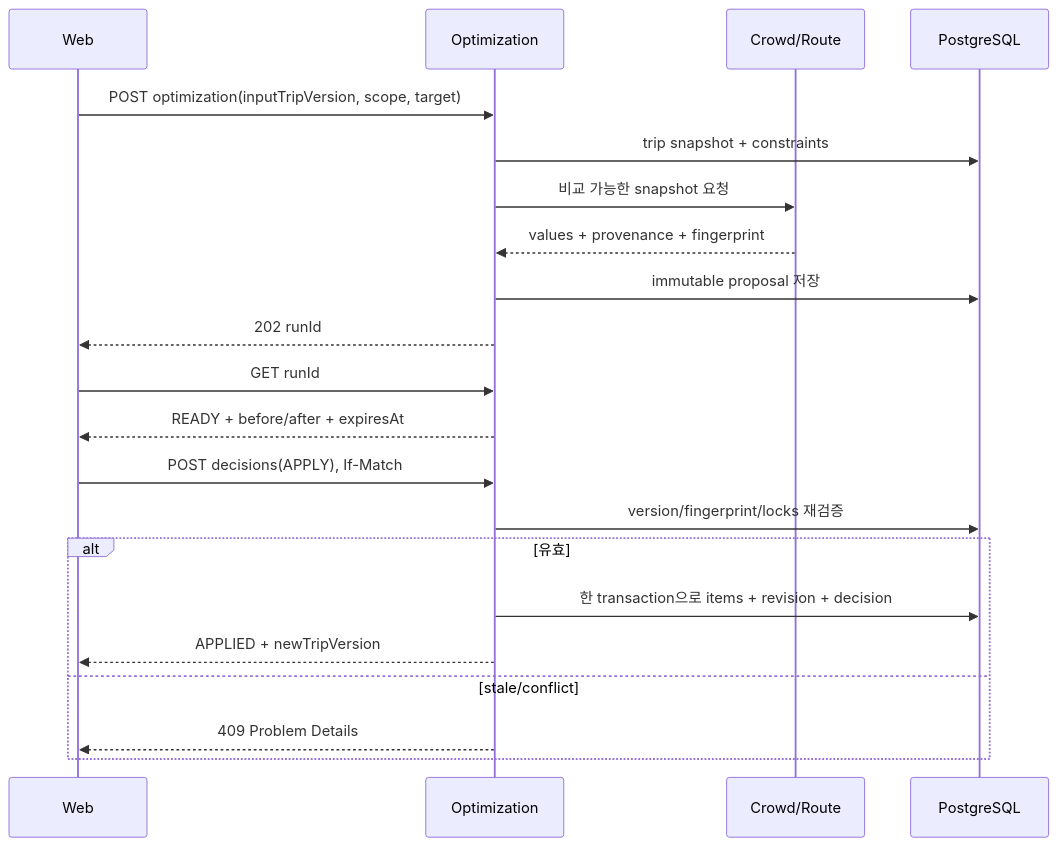
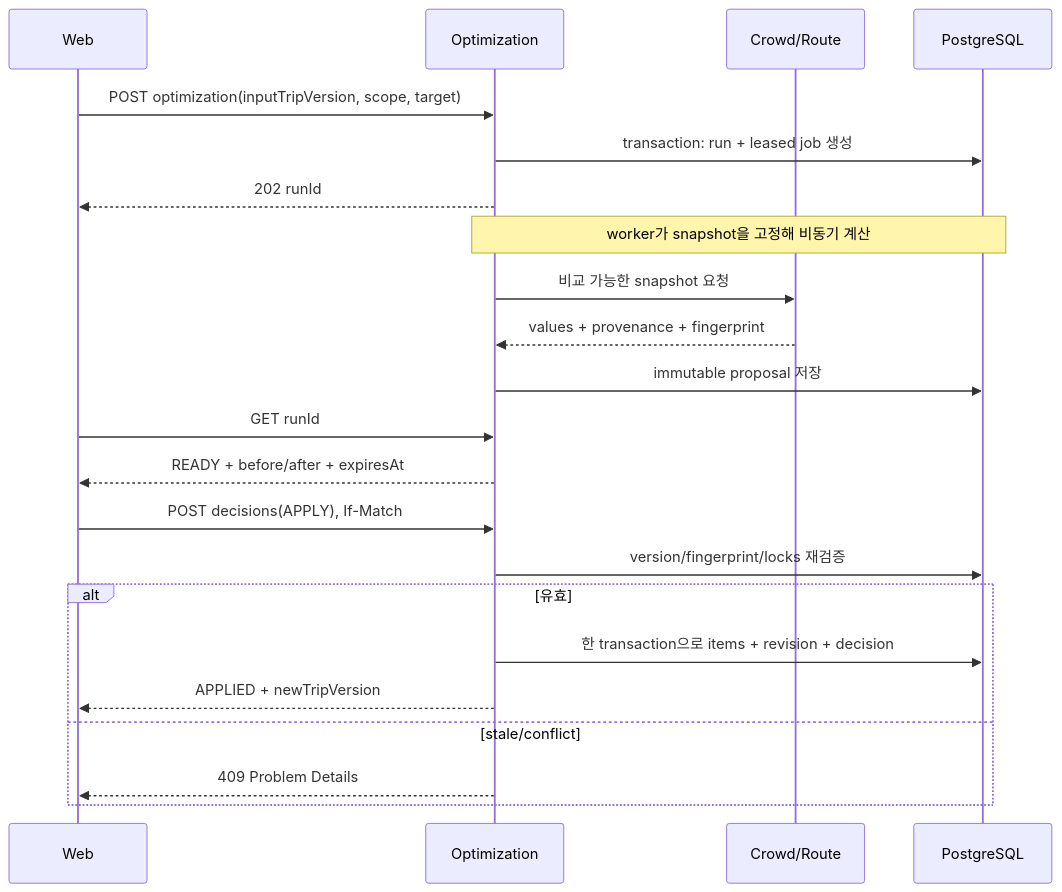
The third of 5 diagrams in docs/architecture/SYSTEM_ARCHITECTURE.md (yutakdv/Nullnull), drawn with Mermaid before and after one commit. The commit also changed other lines of this file and 73 other files, not shown here.

````diff
--- a/docs/architecture/SYSTEM_ARCHITECTURE.md
+++ b/docs/architecture/SYSTEM_ARCHITECTURE.md
@@ -145,24 +159,25 @@
 ```mermaid
 sequenceDiagram
     participant W as Web
     participant O as Optimization
     participant C as Crowd/Route
     participant D as PostgreSQL
 
     W->>O: POST optimization(inputTripVersion, scope, target)
-    O->>D: trip snapshot + constraints
+    O->>D: transaction: run + leased job 생성
+    O-->>W: 202 runId
+    Note over O,D: worker가 snapshot을 고정해 비동기 계산
     O->>C: 비교 가능한 snapshot 요청
     C-->>O: values + provenance + fingerprint
     O->>D: immutable proposal 저장
-    O-->>W: 202 runId
     W->>O: GET runId
     O-->>W: READY + before/after + expiresAt
     W->>O: POST decisions(APPLY), If-Match
     O->>D: version/fingerprint/locks 재검증
     alt 유효
       O->>D: 한 transaction으로 items + revision + decision
       O-->>W: APPLIED + newTripVersion
     else stale/conflict
       O-->>W: 409 Problem Details
     end
 ```
````
